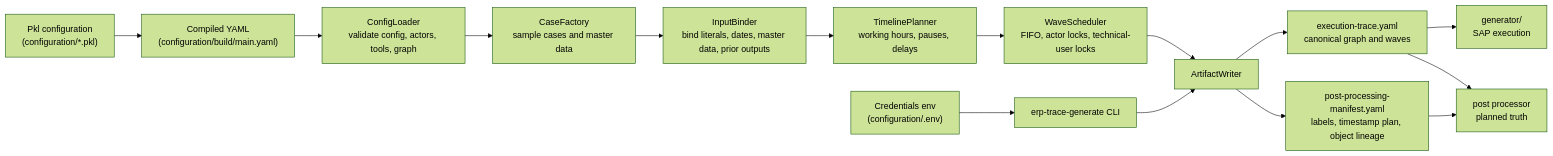
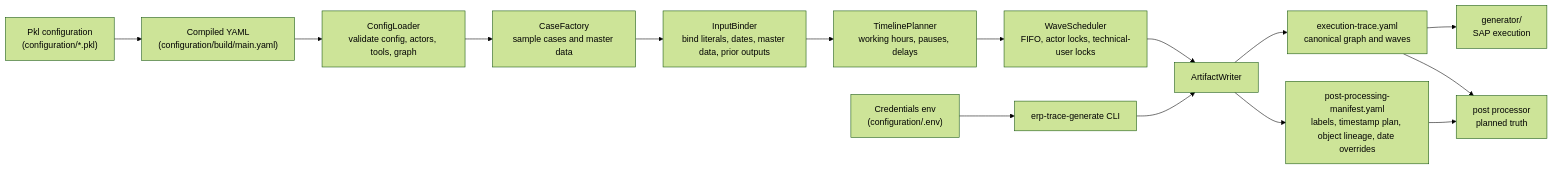
One commit to volume4k/advanced-synthetic-erp-data-generator changed the diagram in trace_generator/README.md. Above: the diagram before and after it, drawn with Mermaid (forest theme). The commit also changed other lines of this file and 15 other files, not shown here.

Commit message:
feat(trace-generator): track goods receipt date overrides

````diff
--- a/trace_generator/README.md
+++ b/trace_generator/README.md
@@ -10,17 +10,17 @@
 ```mermaid
 flowchart LR
   pkl["Pkl configuration\n(configuration/*.pkl)"] --> yaml["Compiled YAML\n(configuration/build/main.yaml)"]
   env["Credentials env\n(configuration/.env)"] --> cli["erp-trace-generate CLI"]
   yaml --> loader["ConfigLoader\nvalidate config, actors, tools, graph"]
   loader --> cases["CaseFactory\nsample cases and master data"]
   cases --> binder["InputBinder\nbind literals, dates, master data, prior outputs"]
   binder --> timeline["TimelinePlanner\nworking hours, pauses, delays"]
   timeline --> scheduler["WaveScheduler\nFIFO, actor locks, technical-user locks"]
   scheduler --> writer["ArtifactWriter"]
   cli --> writer
   writer --> canonical["execution-trace.yaml\ncanonical graph and waves"]
-  writer --> manifest["post-processing-manifest.yaml\nlabels, timestamp plan, object lineage"]
+  writer --> manifest["post-processing-manifest.yaml\nlabels, timestamp plan, object lineage, date overrides"]
   canonical --> executor["generator/\nSAP execution"]
   canonical --> post["post processor\nplanned truth"]
   manifest --> post
 ```
````
